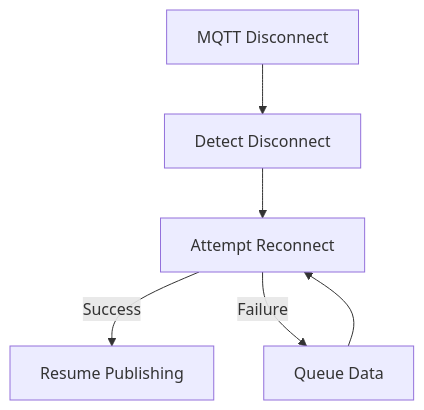
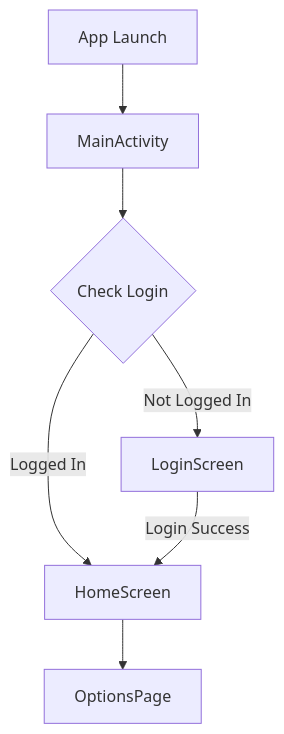
The third of 3 diagrams in AppArchitecture.md (rcznp/test_doc_2), drawn with Mermaid before and after one commit. The commit also changed other lines of this file, not shown here.

````diff
--- a/AppArchitecture.md
+++ b/AppArchitecture.md
@@ -200,8 +82,9 @@
 ```mermaid
 graph TD
-    A[MQTT Disconnect] --> B[Detect Disconnect]
-    B --> C[Attempt Reconnect]
-    C -->|Success| D[Resume Publishing]
-    C -->|Failure| E[Queue Data]
-    E --> C
+    A[App Launch] --> B[MainActivity]
+    B --> C{Check Login}
+    C -->|Not Logged In| D[LoginScreen]
+    C -->|Logged In| E[HomeScreen]
+    D -->|Login Success| E
+    E --> F[OptionsPage]
 ```
````
